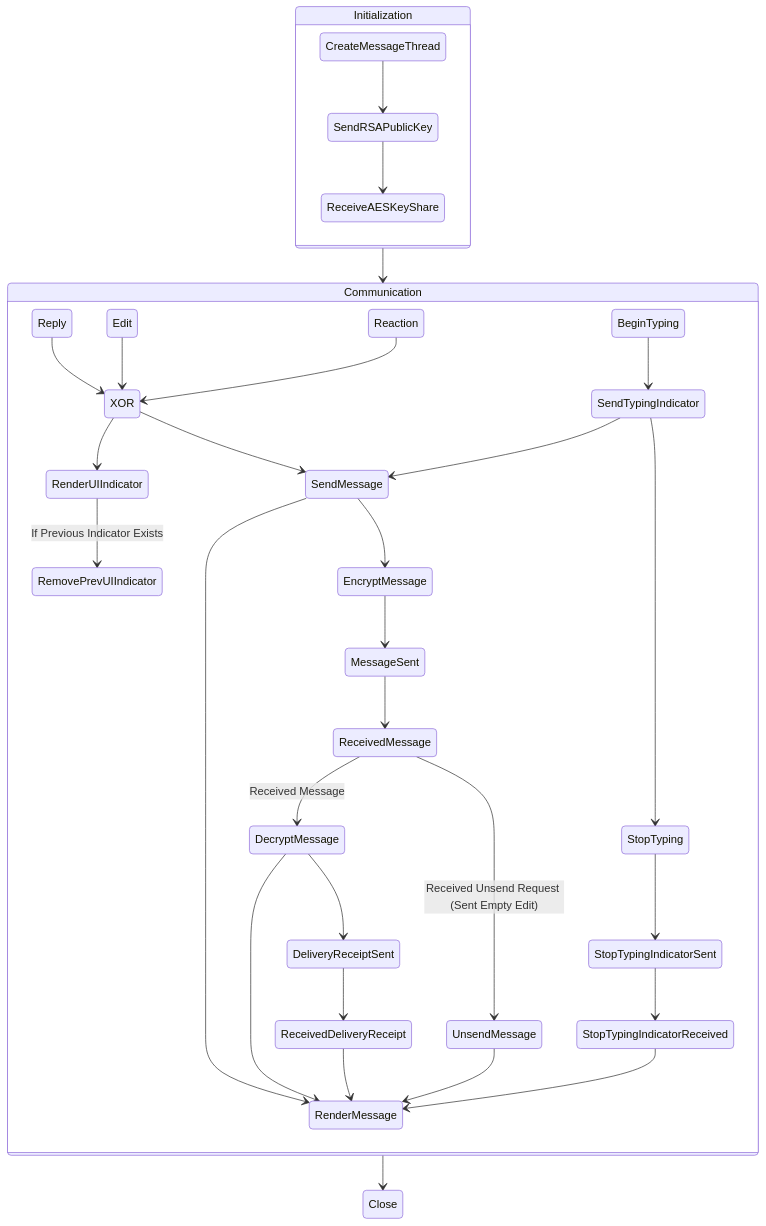
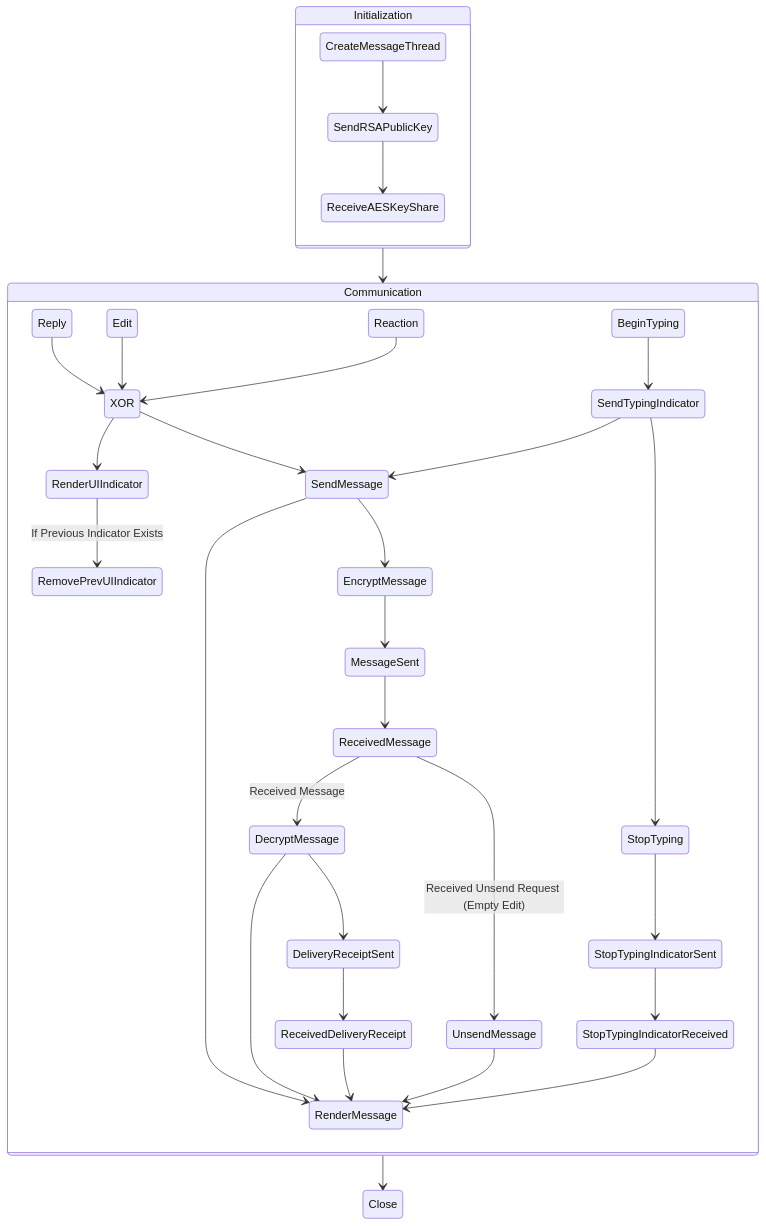
Before and after one commit to xXCrash2BomberXx/TinyChat: the fifth of 5 diagrams in 4+1.md, drawn with Mermaid.

````diff
--- a/4+1.md
+++ b/4+1.md
@@ -132,34 +132,34 @@
 ```mermaid
 stateDiagram
   state Initialization {
     CreateMessageThread --> SendRSAPublicKey
     SendRSAPublicKey --> ReceiveAESKeyShare
   }
   state Communication {
     Reply --> XOR
     Edit --> XOR
     Reaction --> XOR
     XOR --> RenderUIIndicator
     RenderUIIndicator --> RemovePrevUIIndicator: If Previous Indicator Exists
     XOR --> SendMessage
     BeginTyping --> SendTypingIndicator
     SendTypingIndicator --> SendMessage
     SendMessage --> EncryptMessage
     EncryptMessage --> MessageSent
     MessageSent --> ReceivedMessage
-    ReceivedMessage --> UnsendMessage: Received Unsend Request (Sent Empty Edit)
+    ReceivedMessage --> UnsendMessage: Received Unsend Request (Empty Edit)
     ReceivedMessage --> DecryptMessage: Received Message
     DecryptMessage --> DeliveryReceiptSent
     DeliveryReceiptSent --> ReceivedDeliveryReceipt
     SendTypingIndicator --> StopTyping
     StopTyping --> StopTypingIndicatorSent
     StopTypingIndicatorSent --> StopTypingIndicatorReceived
     SendMessage --> RenderMessage
     DecryptMessage --> RenderMessage
     ReceivedDeliveryReceipt --> RenderMessage
     UnsendMessage --> RenderMessage
     StopTypingIndicatorReceived --> RenderMessage
   }
   Initialization --> Communication
   Communication --> Close
 ```
````
